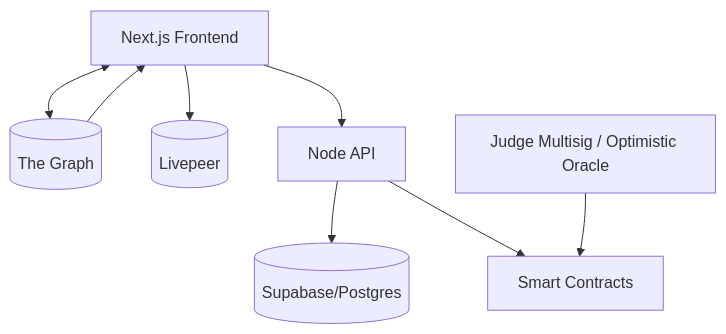
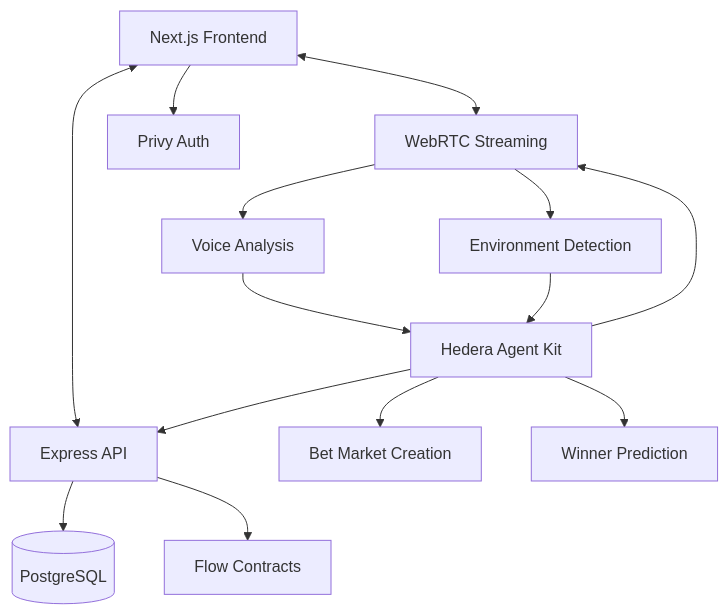
Before and after one commit to mollybeach/livestakes: the diagram in README.md, drawn with Mermaid. The commit also changed other lines of this file, not shown here.

````diff
--- a/README.md
+++ b/README.md
@@ -47,10 +49,16 @@
 ```mermaid
 flowchart TD
-  FE[Next.js Frontend] <--> SG[(The Graph)]
-  FE --> LP[(Livepeer)]
-  FE --> API[Node API]
-  API --> DB[(Supabase/Postgres)]
-  API --> SC[Smart Contracts]
-  OO[Judge Multisig / Optimistic Oracle] --> SC
-  SG --> FE
+  FE[Next.js Frontend] <--> API[Express API]
+  FE <--> WS[WebRTC Streaming]
+  FE --> PV[Privy Auth]
+  API --> DB[(PostgreSQL)]
+  API --> FC[Flow Contracts]
+  HAK[Hedera Agent Kit] --> API
+  HAK --> WS
+  WS --> VA[Voice Analysis]
+  WS --> ED[Environment Detection]
+  VA --> HAK
+  ED --> HAK
+  HAK --> BM[Bet Market Creation]
+  HAK --> WP[Winner Prediction]
 ```
````
